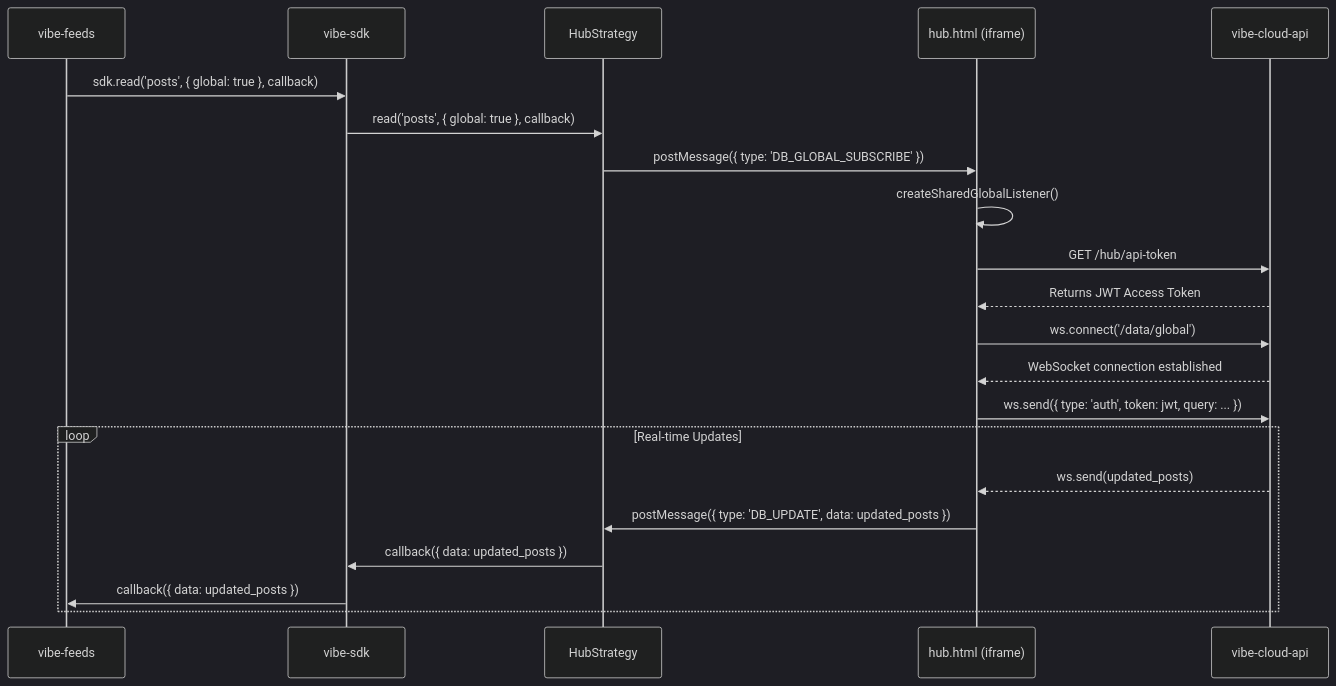
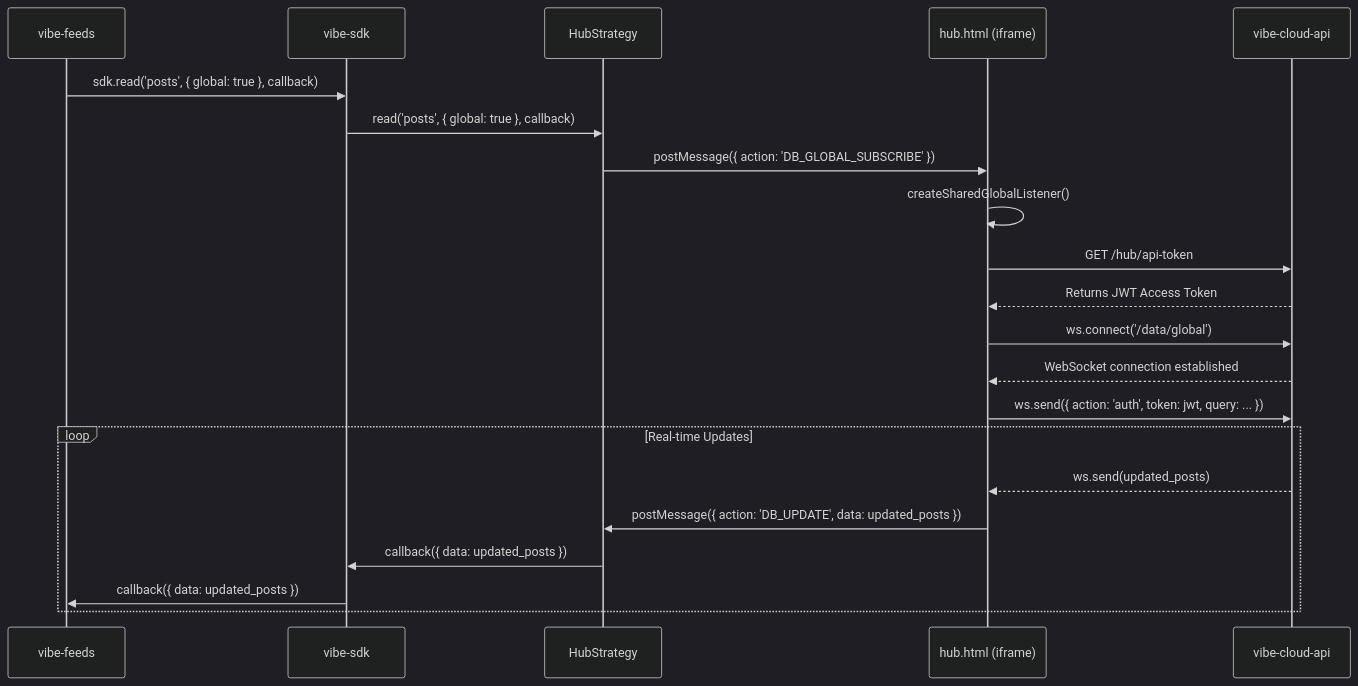
Before and after one commit to Social-Systems-Lab/vibe: the second of 5 diagrams in docs/HubDataFlow.md, drawn with Mermaid (dark theme). The commit also changed other lines of this file and 15 other files, not shown here.

````diff
--- a/docs/HubDataFlow.md
+++ b/docs/HubDataFlow.md
@@ -64,25 +64,25 @@
 ```mermaid
 sequenceDiagram
     participant App as vibe-feeds
     participant SDK as vibe-sdk
     participant HubStrategy
     participant Hub as hub.html (iframe)
     participant API as vibe-cloud-api
 
     App->>SDK: sdk.read('posts', { global: true }, callback)
     SDK->>HubStrategy: read('posts', { global: true }, callback)
-    HubStrategy->>Hub: postMessage({ type: 'DB_GLOBAL_SUBSCRIBE' })
+    HubStrategy->>Hub: postMessage({ action: 'DB_GLOBAL_SUBSCRIBE' })
     Hub->>Hub: createSharedGlobalListener()
     Hub->>API: GET /hub/api-token
     API-->>Hub: Returns JWT Access Token
     Hub->>API: ws.connect('/data/global')
     API-->>Hub: WebSocket connection established
-    Hub->>API: ws.send({ type: 'auth', token: jwt, query: ... })
+    Hub->>API: ws.send({ action: 'auth', token: jwt, query: ... })
 
     loop Real-time Updates
         API-->>Hub: ws.send(updated_posts)
-        Hub->>HubStrategy: postMessage({ type: 'DB_UPDATE', data: updated_posts })
+        Hub->>HubStrategy: postMessage({ action: 'DB_UPDATE', data: updated_posts })
         HubStrategy->>SDK: callback({ data: updated_posts })
         SDK->>App: callback({ data: updated_posts })
     end
 ```
````
